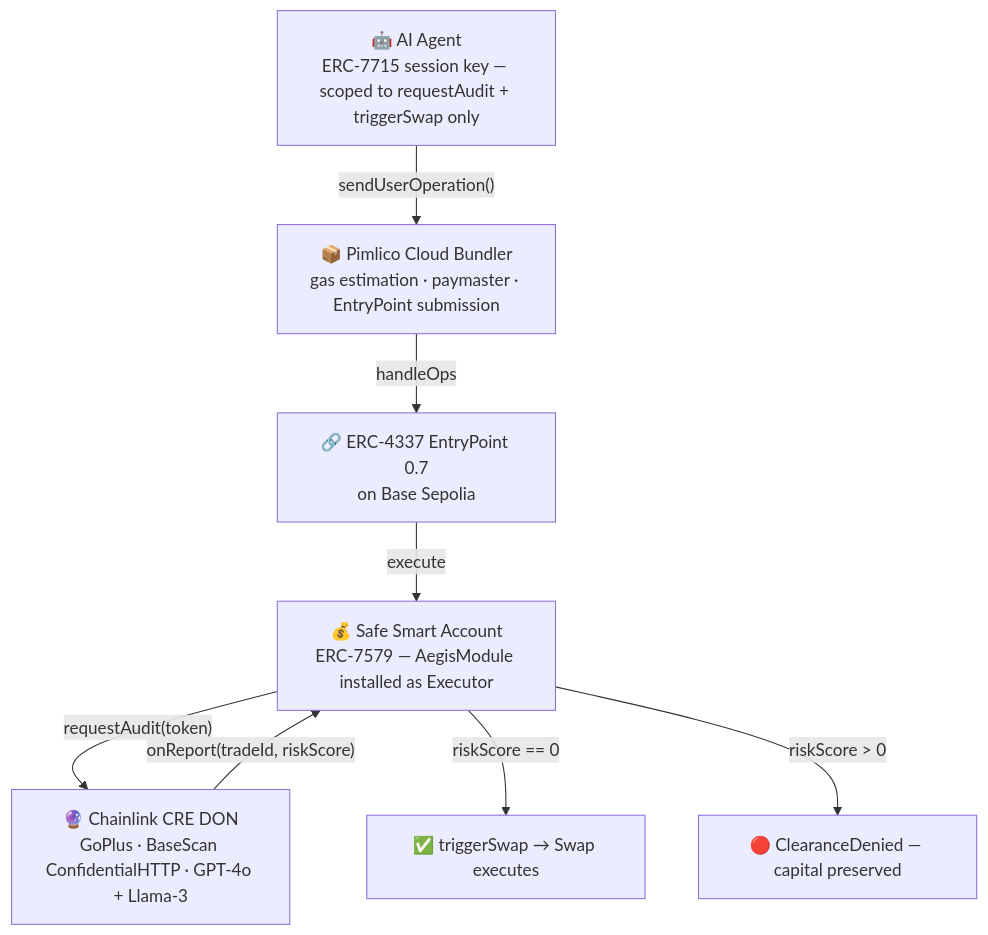
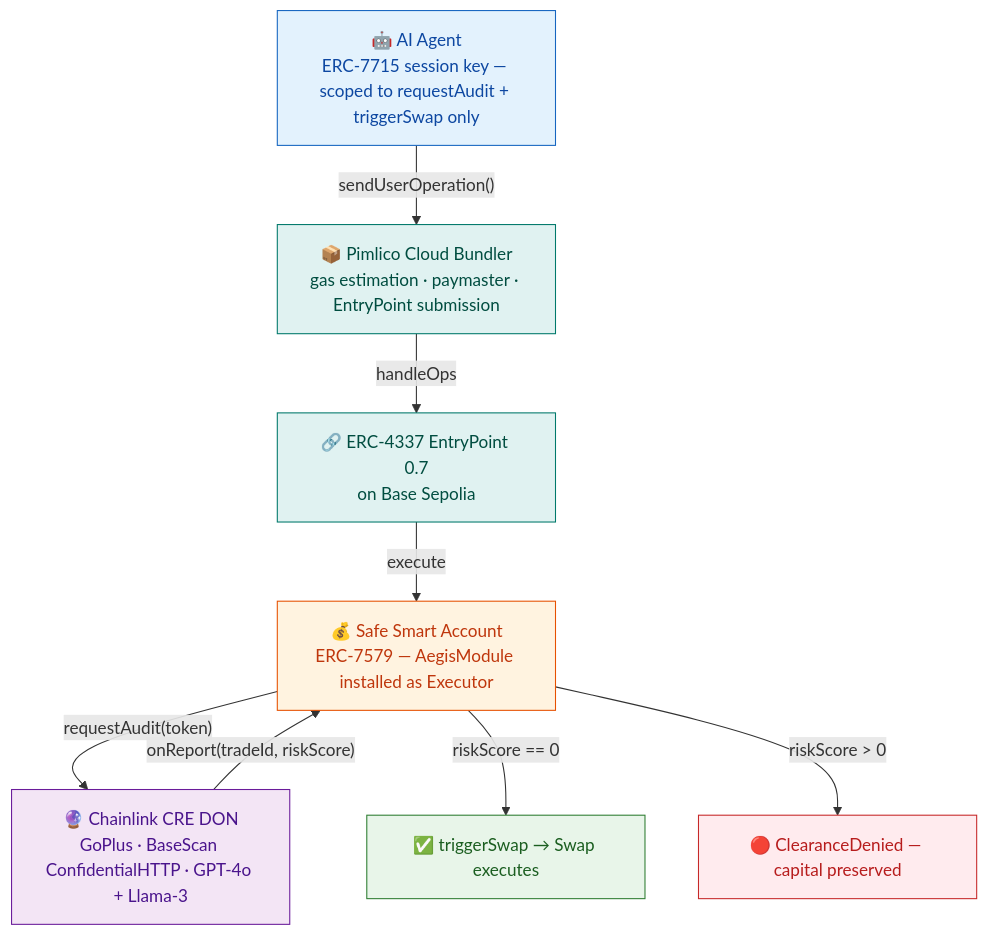
One commit to vjb/aegis-v4 changed the diagram in README.md. Above: the diagram before and after it, drawn with Mermaid. The commit also changed 5 other files, not shown here.

Commit message:
docs: full review pass — colored mermaid diagrams, fix test counts, add sample output links

````diff
--- a/README.md
+++ b/README.md
@@ -50,18 +50,26 @@
 ```mermaid
 graph TD
     Agent["🤖 AI Agent<br/>ERC-7715 session key — scoped to requestAudit + triggerSwap only"]
     Bundler["📦 Pimlico Cloud Bundler<br/>gas estimation · paymaster · EntryPoint submission"]
     EP["🔗 ERC-4337 EntryPoint 0.7<br/>on Base Sepolia"]
     Safe["💰 Safe Smart Account<br/>ERC-7579 — AegisModule installed as Executor"]
     CRE["🔮 Chainlink CRE DON<br/>GoPlus · BaseScan ConfidentialHTTP · GPT-4o + Llama-3"]
     Swap["✅ triggerSwap → Swap executes"]
     Deny["🔴 ClearanceDenied — capital preserved"]
 
     Agent -->|"sendUserOperation()"| Bundler
     Bundler -->|"handleOps"| EP
     EP -->|"execute"| Safe
     Safe -->|"requestAudit(token)"| CRE
     CRE -->|"onReport(tradeId, riskScore)"| Safe
     Safe -->|"riskScore == 0"| Swap
     Safe -->|"riskScore > 0"| Deny
+
+    style Agent fill:#e3f2fd,stroke:#1565c0,color:#0d47a1
+    style Bundler fill:#e0f2f1,stroke:#00796b,color:#004d40
+    style EP fill:#e0f2f1,stroke:#00796b,color:#004d40
+    style Safe fill:#fff3e0,stroke:#e65100,color:#bf360c
+    style CRE fill:#f3e5f5,stroke:#6a1b9a,color:#4a148c
+    style Swap fill:#e8f5e9,stroke:#2e7d32,color:#1b5e20
+    style Deny fill:#ffebee,stroke:#c62828,color:#b71c1c
 ```
````
